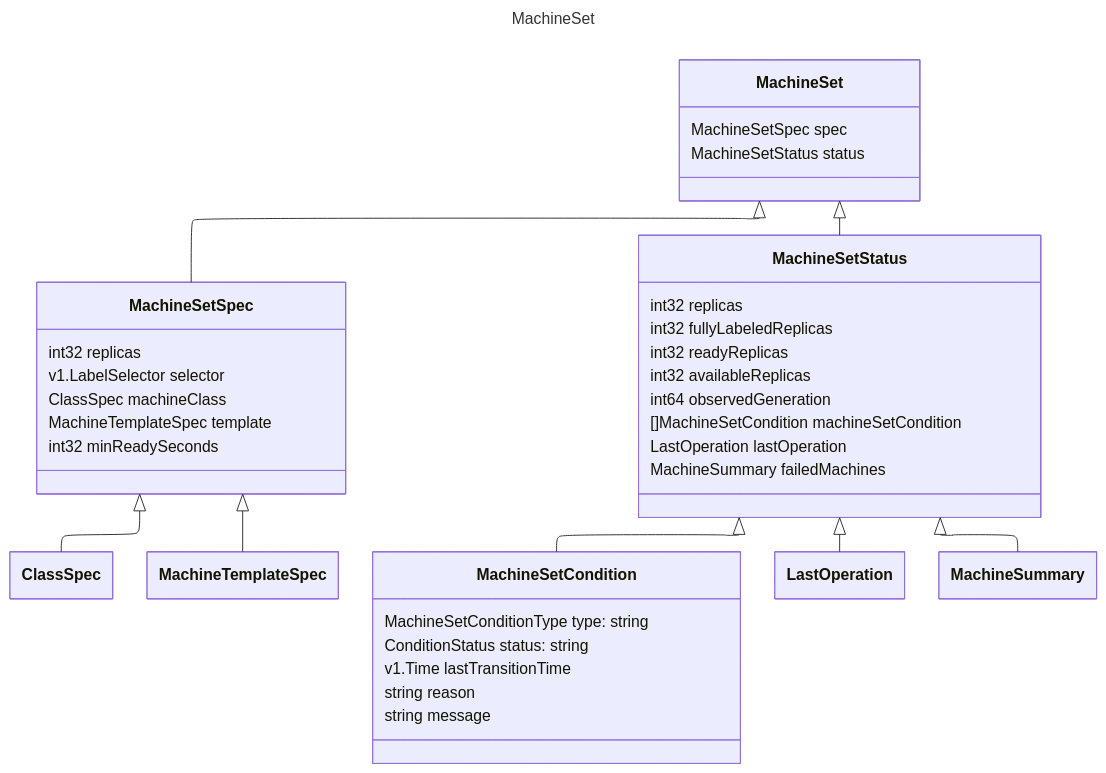
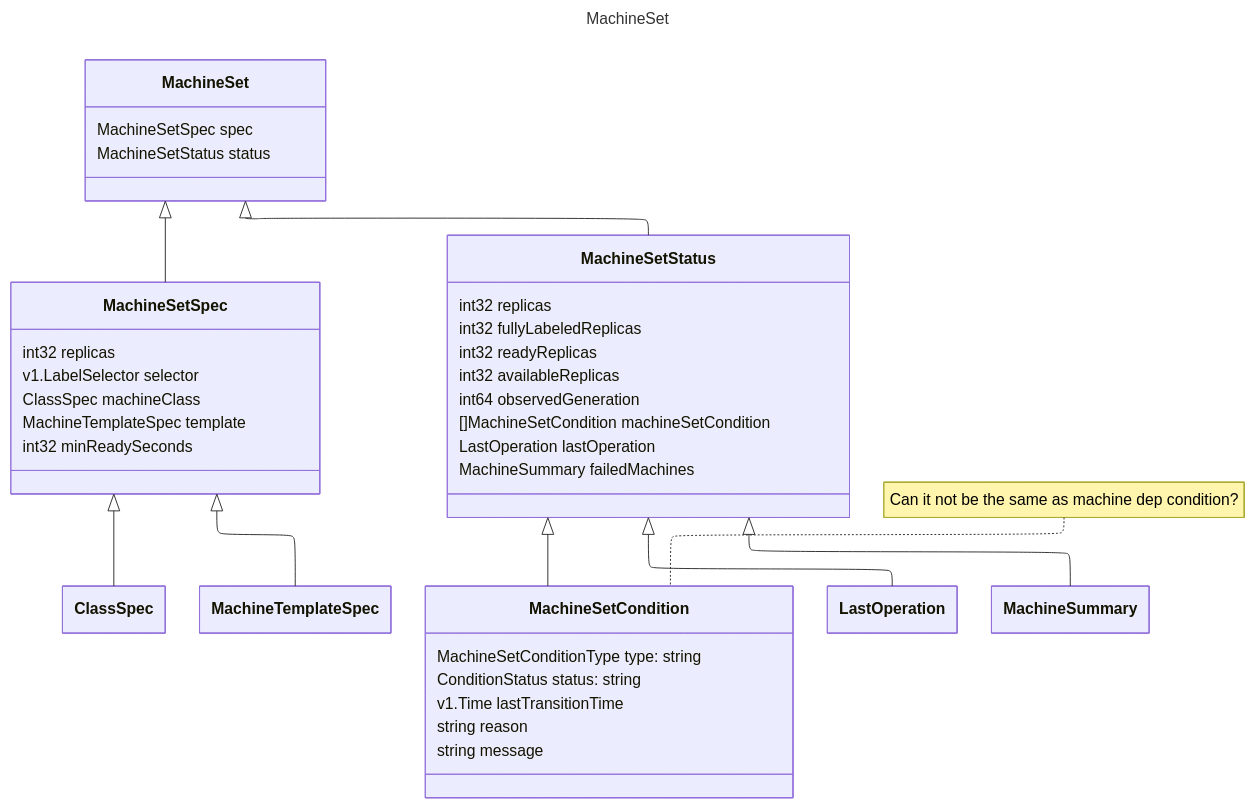
The fourth of 4 diagrams in content/notes/20241129T160749--mcm__k8s_sap_work.md (brongulus/brongulus.github.io), drawn with Mermaid before and after one commit. The commit also changed other lines of this file and 10 other files, not shown here.

Commit message:
Fix mermaid labels on resize

````diff
--- a/content/notes/20241129T160749--mcm__k8s_sap_work.md
+++ b/content/notes/20241129T160749--mcm__k8s_sap_work.md
@@ -223,51 +215,51 @@
 ```mermaid
 ---
 title: MachineSet
 config:
   layout: elk
   class:
     hideEmptyMembersBox: true
 ---
 classDiagram
  %% MachineSet ---------------------------------
    MachineSet <|-- MachineSetSpec
    MachineSet <|-- MachineSetStatus
    class MachineSet{
    MachineSetSpec spec
    MachineSetStatus status
    }
 
    MachineSetSpec <|-- ClassSpec
    MachineSetSpec <|-- MachineTemplateSpec
    class MachineSetSpec{
    int32 replicas
    v1.LabelSelector selector
    ClassSpec machineClass
    MachineTemplateSpec template
    int32 minReadySeconds
    }
 
    MachineSetStatus <|-- MachineSetCondition
    MachineSetStatus <|-- LastOperation
    MachineSetStatus <|-- MachineSummary
    class MachineSetStatus{
    int32 replicas
    int32 fullyLabeledReplicas
    int32 readyReplicas
    int32 availableReplicas
    int64 observedGeneration
    []MachineSetCondition machineSetCondition
    LastOperation lastOperation
    MachineSummary failedMachines
    }
 
    class MachineSetCondition{
    MachineSetConditionType type: string
    ConditionStatus status: string
    v1.Time lastTransitionTime
    string reason
    string message
    }
 
-   %% Can machine dep condition and machine set condition not be the same?
+   note for MachineSetCondition "Can it not be the same as machine dep condition?"
 ```
````
